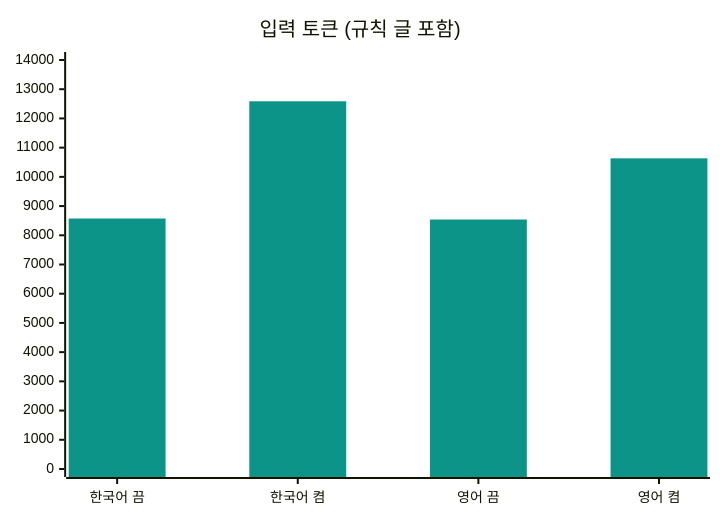
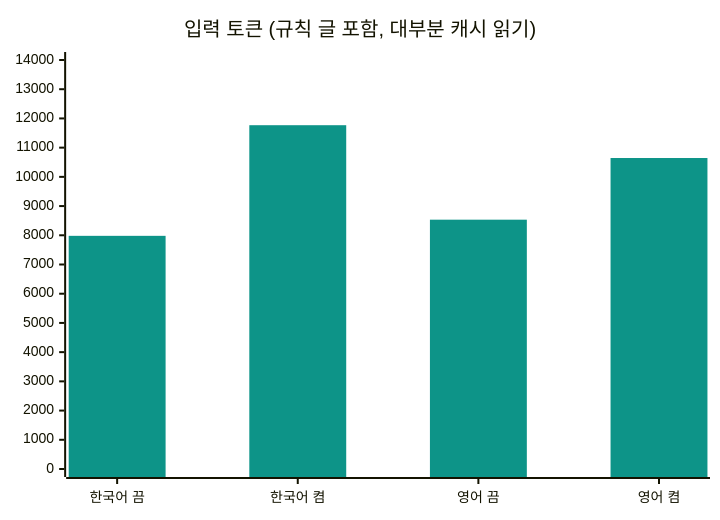
The second of 3 diagrams in README.ko.md (evelynn/get-to-it), drawn with Mermaid before and after one commit. The commit also changed other lines of this file and 6 other files, not shown here.

````diff
--- a/README.ko.md
+++ b/README.ko.md
@@ -31,8 +31,8 @@
 ```mermaid
 %%{init: {"themeVariables": {"xyChart": {"plotColorPalette": "#0d9488"}}}}%%
 xychart-beta
-    title "입력 토큰 (규칙 글 포함)"
+    title "입력 토큰 (규칙 글 포함, 대부분 캐시 읽기)"
     x-axis ["한국어 끔", "한국어 켬", "영어 끔", "영어 켬"]
     y-axis 0 --> 14000
-    bar [8574, 12587, 8540, 10634]
+    bar [7981, 11768, 8534, 10645]
 ```
````
